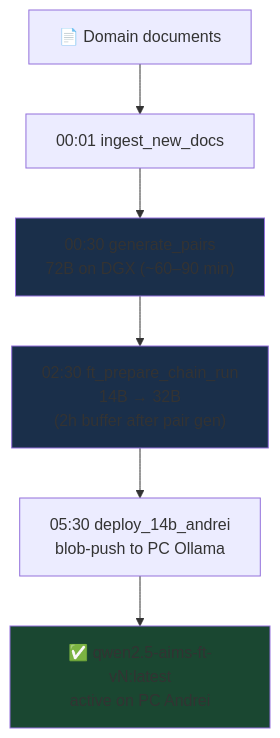
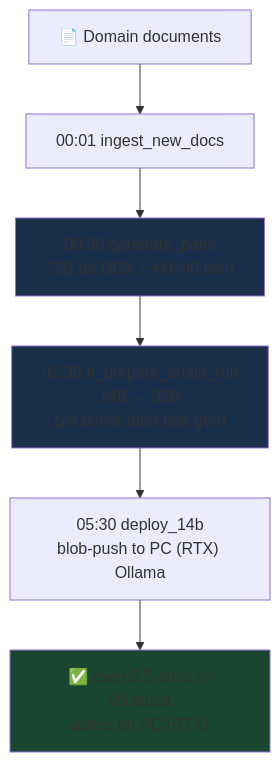
Diagram 11 of 12 in README.md (AxiOMSphereAssistanceAIMS/AxiOMSphere), drawn with Mermaid before and after one commit. The commit also changed other lines of this file, not shown here.

````diff
--- a/README.md
+++ b/README.md
@@ -609,11 +647,11 @@
 ```mermaid
 flowchart TD
     DOCS["📄 Domain documents"] --> INGEST["00:01 ingest_new_docs"]
     INGEST --> PAIRS["00:30 generate_pairs\n72B on DGX (~60–90 min)"]
     PAIRS --> FT["02:30 ft_prepare_chain_run\n14B → 32B\n(2h buffer after pair gen)"]
-    FT --> DEPLOY["05:30 deploy_14b_andrei\nblob-push to PC Ollama"]
-    DEPLOY --> BOT["✅ qwen2.5-aims-ft-vN:latest\nactive on PC Andrei"]
+    FT --> DEPLOY["05:30 deploy_14b\nblob-push to PC (RTX) Ollama"]
+    DEPLOY --> BOT["✅ qwen2.5-aims-ft-vN:latest\nactive on PC (RTX)"]
     style PAIRS fill:#1a2f4a
     style FT fill:#1a2f4a
     style BOT fill:#1a4731
 ```
````
